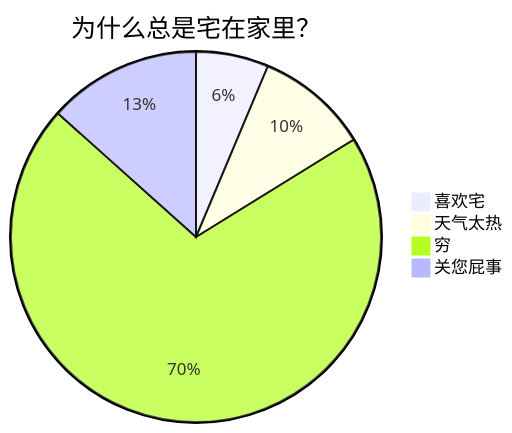
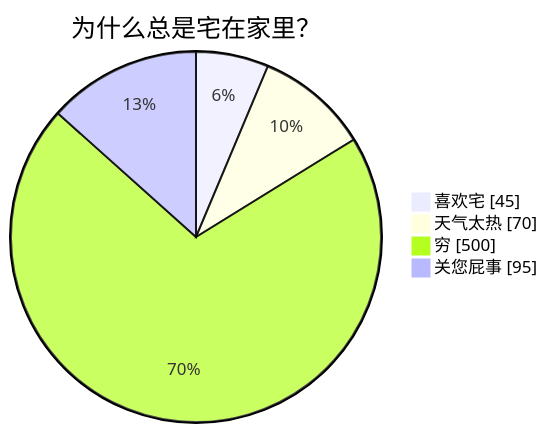
One commit to sankgao/sankgao.github.io changed the third of 6 diagrams in docs/about/notes/markdown_syntax.md. Above: the diagram before and after it, drawn with Mermaid. The commit also changed other lines of this file and 2 other files, not shown here.

````diff
--- a/docs/about/notes/markdown_syntax.md
+++ b/docs/about/notes/markdown_syntax.md
@@ -1196,8 +832,8 @@
 ```mermaid
-pie
+pie showData
     title 为什么总是宅在家里？
     "喜欢宅" : 45
     "天气太热" : 70
     "穷" : 500
     "关您屁事" : 95
 ```
````
